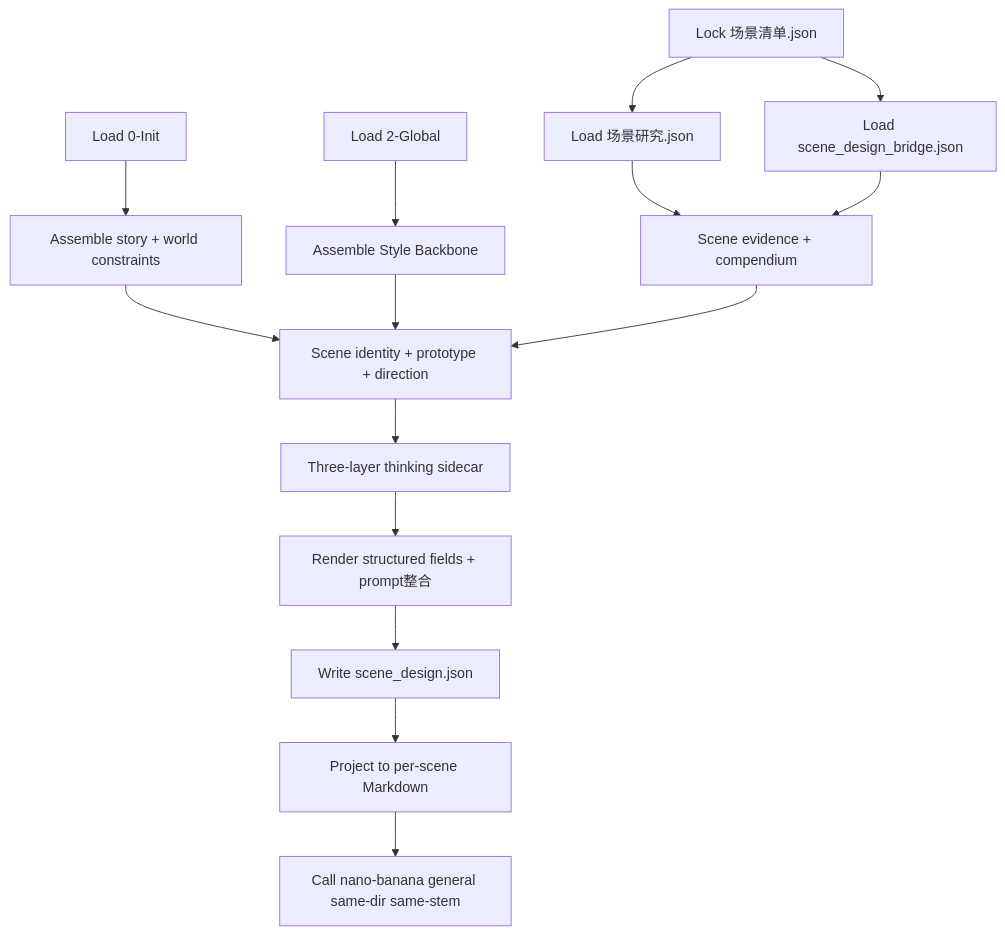
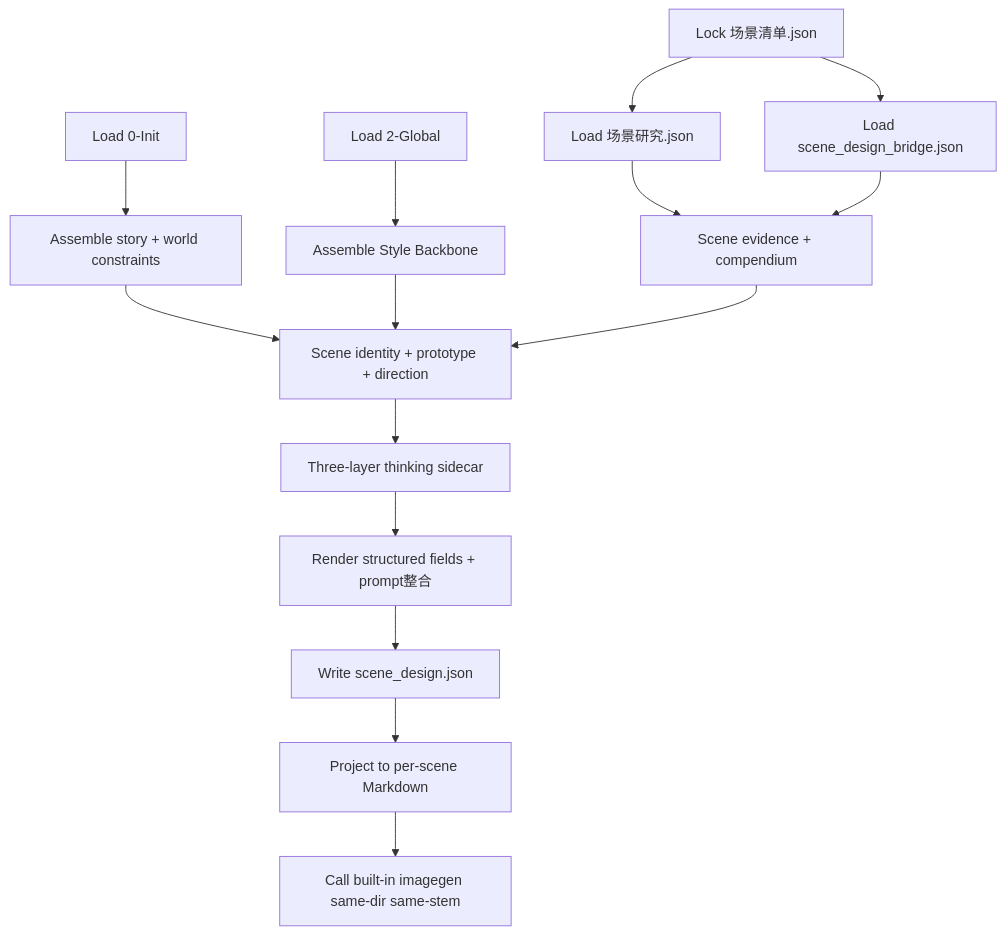
Before and after one commit to ZEN-VOID/AI-CUT: the first of 4 diagrams in .agents/skills/aigc/4-Design/2-设计/场景/SKILL.md, drawn with Mermaid. The commit also changed other lines of this file and 59 other files, not shown here.

````diff
--- a/.agents/skills/aigc/4-Design/2-设计/场景/SKILL.md
+++ b/.agents/skills/aigc/4-Design/2-设计/场景/SKILL.md
@@ -216,17 +216,17 @@
 ```mermaid
 flowchart TD
     A["Lock 场景清单.json"] --> B["Load 场景研究.json"]
     A --> C["Load scene_design_bridge.json"]
     D["Load 0-Init"] --> F["Assemble story + world constraints"]
     E["Load 2-Global"] --> G["Assemble Style Backbone"]
     B --> H["Scene evidence + compendium"]
     C --> H
     F --> I["Scene identity + prototype + direction"]
     G --> I
     H --> I
     I --> J["Three-layer thinking sidecar"]
     J --> K["Render structured fields + prompt整合"]
     K --> L["Write scene_design.json"]
     L --> M["Project to per-scene Markdown"]
-    M --> N["Call nano-banana general same-dir same-stem"]
+    M --> N["Call built-in imagegen same-dir same-stem"]
 ```
````
